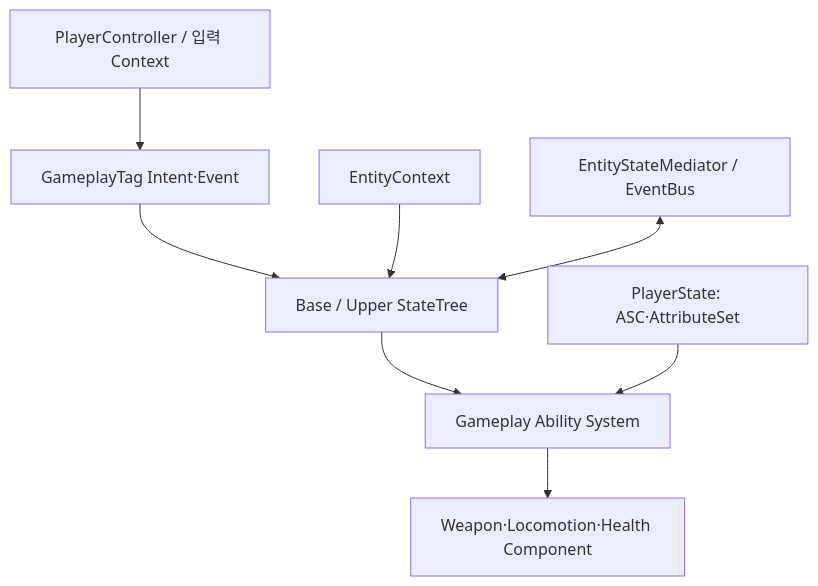
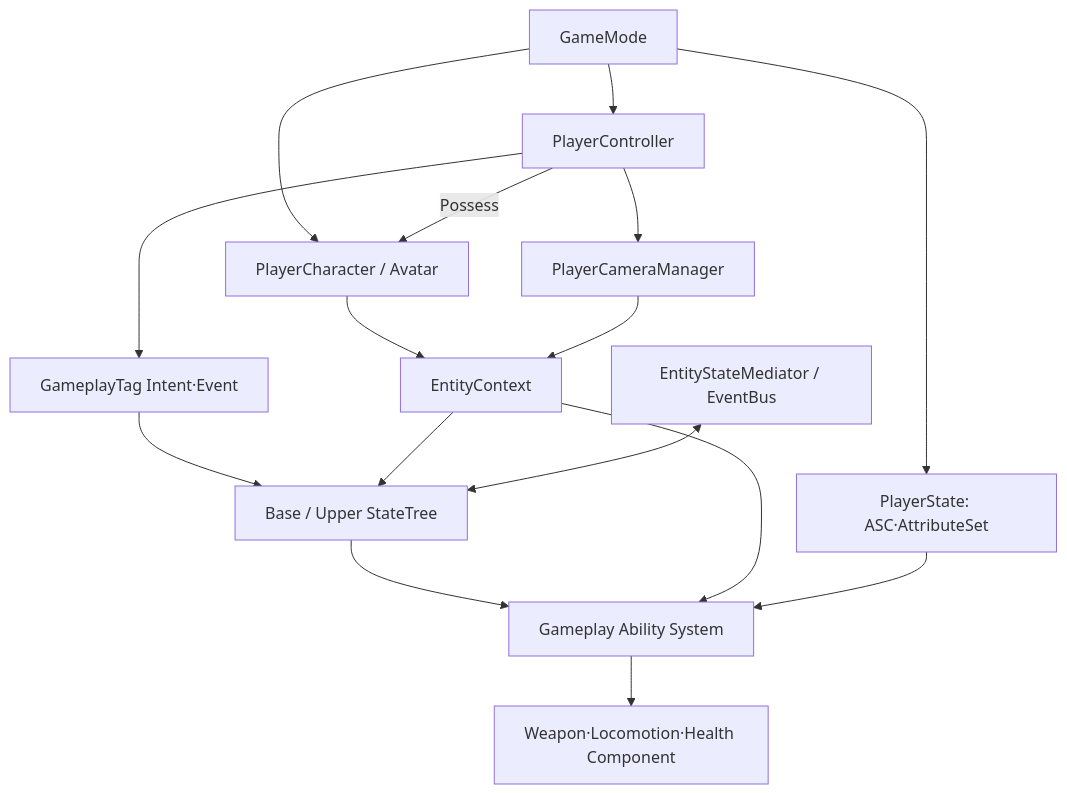
The diagram in Wiki/03_시스템 설계/03_시스템 설계.md (liang2papa/Astra_Docs), drawn with Mermaid before and after one commit. The commit also changed other lines of this file and 44 other files, not shown here.

````diff
--- a/Wiki/03_시스템 설계/03_시스템 설계.md
+++ b/Wiki/03_시스템 설계/03_시스템 설계.md
@@ -5,10 +5,18 @@
 ```mermaid
 flowchart TD
-    Input["PlayerController / 입력 Context"] --> Intent["GameplayTag Intent·Event"]
+    GameMode["GameMode"] --> PlayerController["PlayerController"]
+    GameMode --> PlayerState["PlayerState: ASC·AttributeSet"]
+    GameMode --> Pawn["PlayerCharacter / Avatar"]
+    PlayerController -->|Possess| Pawn
+    PlayerController --> Camera["PlayerCameraManager"]
+    Pawn --> Context["EntityContext"]
+    Camera --> Context
+    PlayerController --> Intent["GameplayTag Intent·Event"]
     Intent --> StateTree["Base / Upper StateTree"]
     StateTree --> GAS["Gameplay Ability System"]
     GAS --> Components["Weapon·Locomotion·Health Component"]
-    Context["EntityContext"] --> StateTree
+    Context --> StateTree
+    Context --> GAS
     Mediator["EntityStateMediator / EventBus"] <--> StateTree
-    PlayerState["PlayerState: ASC·AttributeSet"] --> GAS
+    PlayerState --> GAS
 ```
````
